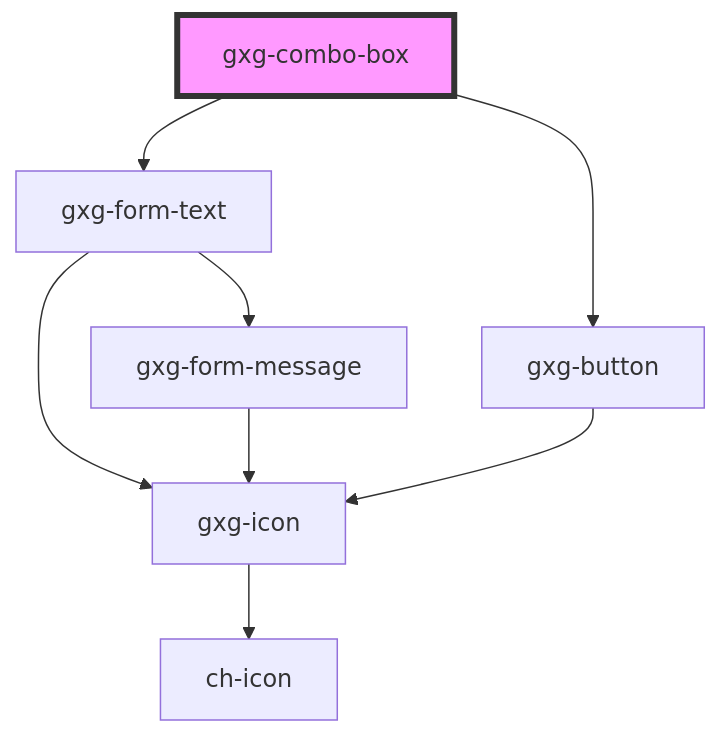
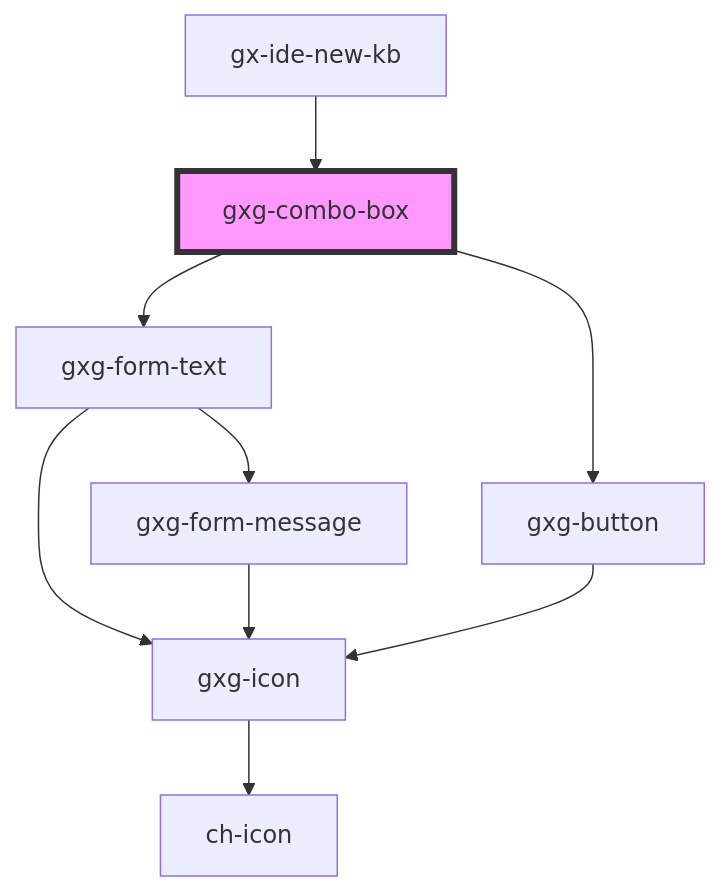
One commit to genexuslabs/gemini changed the diagram in src/components/combo-box/readme.md. Above: the diagram before and after it, drawn with Mermaid. The commit also changed other lines of this file and 45 other files, not shown here.

````diff
--- a/src/components/combo-box/readme.md
+++ b/src/components/combo-box/readme.md
@@ -76,11 +81,12 @@
 ```mermaid
 graph TD;
   gxg-combo-box --> gxg-form-text
   gxg-combo-box --> gxg-button
   gxg-form-text --> gxg-icon
   gxg-form-text --> gxg-form-message
   gxg-icon --> ch-icon
   gxg-form-message --> gxg-icon
   gxg-button --> gxg-icon
+  gx-ide-new-kb --> gxg-combo-box
   style gxg-combo-box fill:#f9f,stroke:#333,stroke-width:4px
 ```
````
